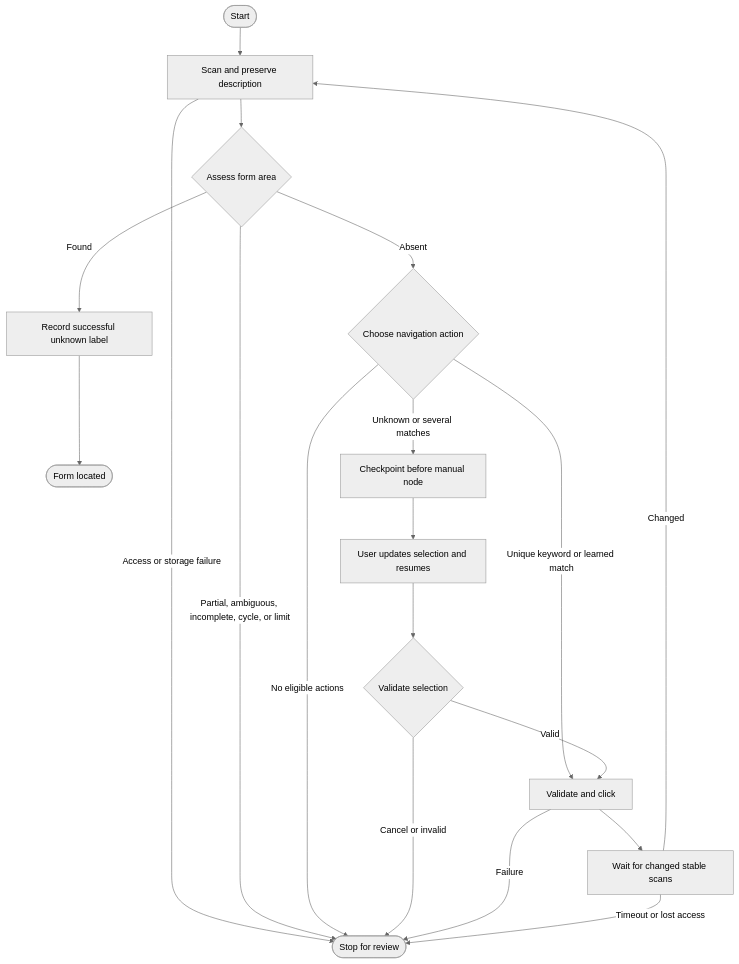
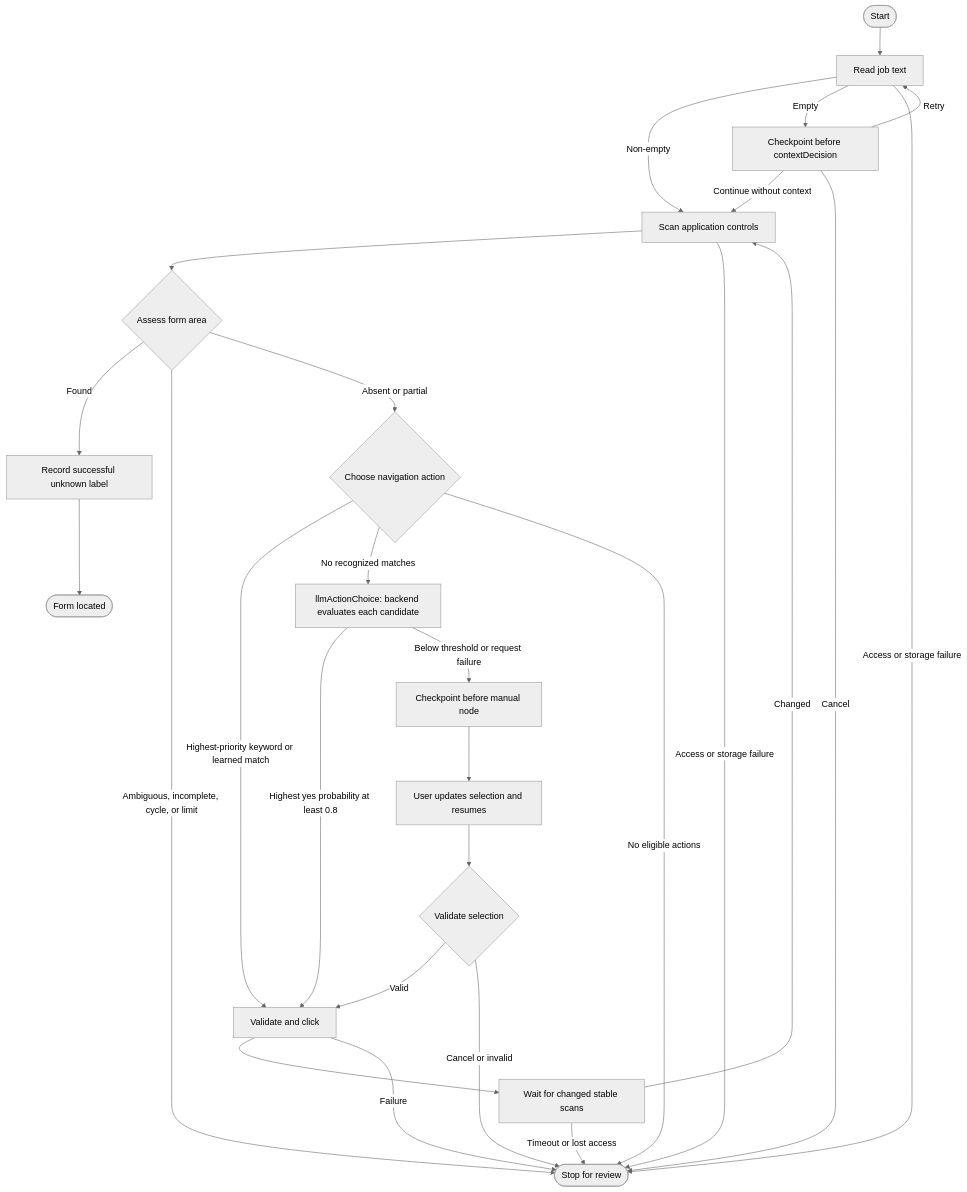
Before and after one commit to filipe-mendes-dev/ragnarok: the diagram in docs/job-extension-discovery.md, drawn with Mermaid (neutral theme). The commit also changed other lines of this file and 9 other files, not shown here.

Commit message:
feat: enhance job extension documentation and implementation guides, detailing context acquisition, scanning processes, and backend integration for improved developer understanding and workflow clarity

````diff
--- a/docs/job-extension-discovery.md
+++ b/docs/job-extension-discovery.md
@@ -38,21 +42,29 @@
 ```mermaid
 flowchart TD
-    Start([Start]) --> Scan[Scan and preserve description]
+    Start([Start]) --> Context[Read job text]
+    Context -->|Non-empty| Scan[Scan application controls]
+    Context -->|Empty| ContextPause[Checkpoint before contextDecision]
+    ContextPause -->|Retry| Context
+    ContextPause -->|Continue without context| Scan
+    ContextPause -->|Cancel| Stop
+    Context -->|Access or storage failure| Stop
     Scan --> Assess{Assess form area}
     Scan -->|Access or storage failure| Stop
     Assess -->|Found| Learn[Record successful unknown label]
     Learn --> Done([Form located])
-    Assess -->|Partial, ambiguous, incomplete, cycle, or limit| Stop([Stop for review])
-    Assess -->|Absent| Choose{Choose navigation action}
-    Choose -->|Unique keyword or learned match| Click[Validate and click]
-    Choose -->|Unknown or several matches| Pause[Checkpoint before manual node]
+    Assess -->|Ambiguous, incomplete, cycle, or limit| Stop([Stop for review])
+    Assess -->|Absent or partial| Choose{Choose navigation action}
+    Choose -->|Highest-priority keyword or learned match| Click[Validate and click]
+    Choose -->|No recognized matches| Llm[llmActionChoice: backend evaluates each candidate]
+    Llm -->|Highest yes probability at least 0.8| Click
+    Llm -->|Below threshold or request failure| Pause[Checkpoint before manual node]
     Choose -->|No eligible actions| Stop
     Pause --> Update[User updates selection and resumes]
     Update --> Manual{Validate selection}
     Manual -->|Valid| Click
     Manual -->|Cancel or invalid| Stop
     Click --> Wait[Wait for changed stable scans]
     Wait -->|Changed| Scan
     Click -->|Failure| Stop
     Wait -->|Timeout or lost access| Stop
 ```
````
